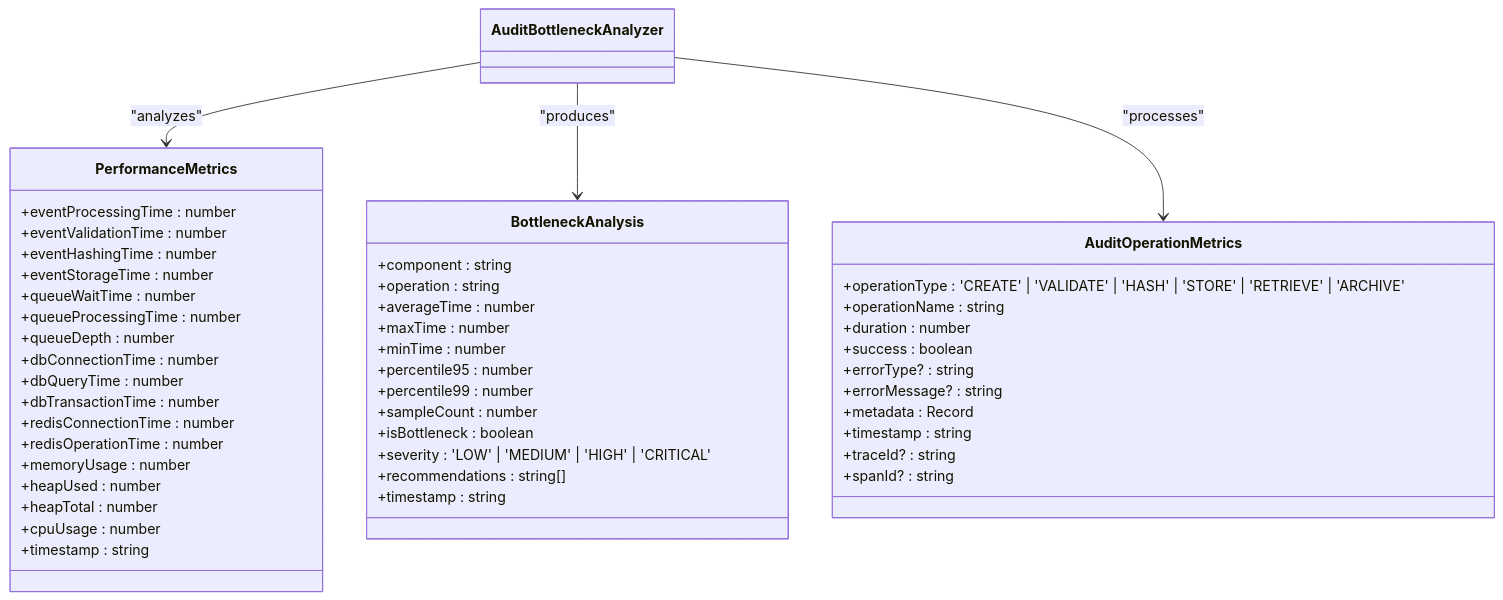
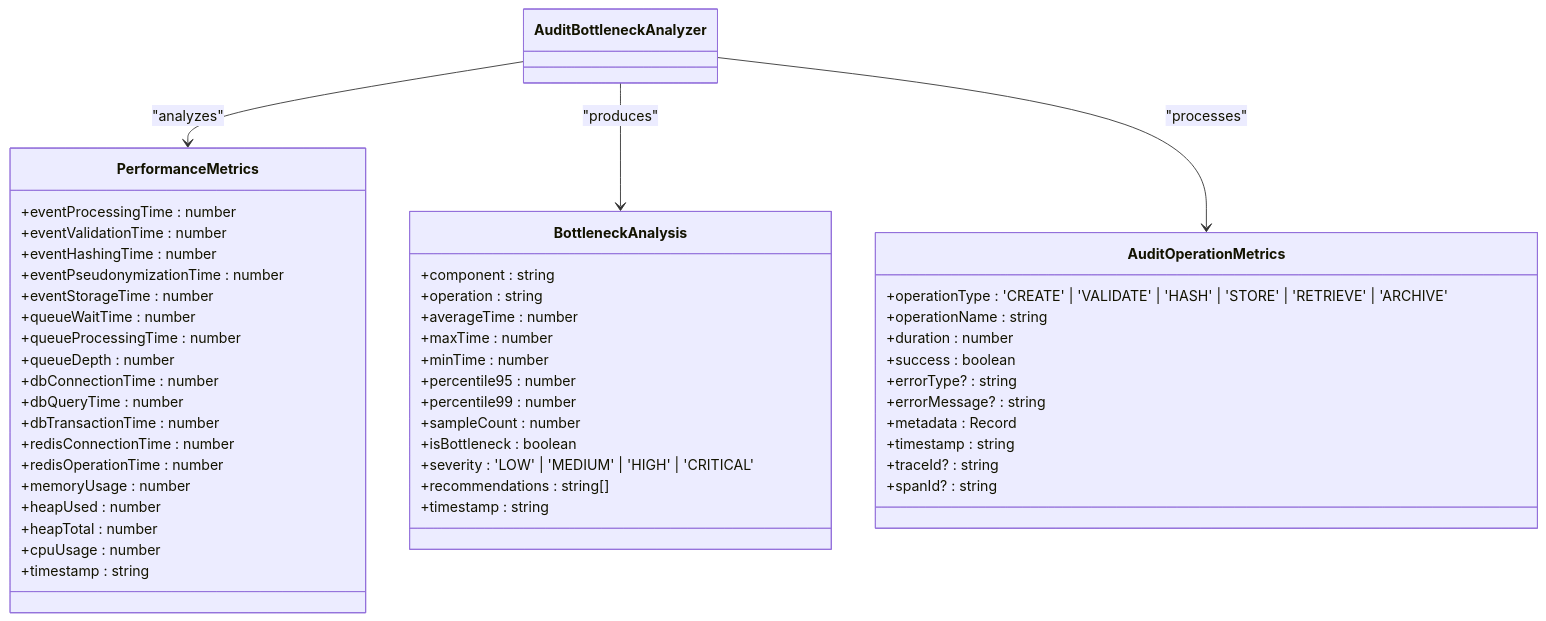
Before and after one commit to smedrec/smart-logs: the fourth of 8 diagrams in .qoder/repowiki/en/content/Audit Core System/Observability/Bottleneck Analysis.md, drawn with Mermaid. The commit also changed other lines of this file and 27 other files, not shown here.

````diff
--- a/.qoder/repowiki/en/content/Audit Core System/Observability/Bottleneck Analysis.md
+++ b/.qoder/repowiki/en/content/Audit Core System/Observability/Bottleneck Analysis.md
@@ -163,51 +167,52 @@
 ```mermaid
 classDiagram
 class PerformanceMetrics {
 +eventProcessingTime : number
 +eventValidationTime : number
 +eventHashingTime : number
++eventPseudonymizationTime : number
 +eventStorageTime : number
 +queueWaitTime : number
 +queueProcessingTime : number
 +queueDepth : number
 +dbConnectionTime : number
 +dbQueryTime : number
 +dbTransactionTime : number
 +redisConnectionTime : number
 +redisOperationTime : number
 +memoryUsage : number
 +heapUsed : number
 +heapTotal : number
 +cpuUsage : number
 +timestamp : string
 }
 class BottleneckAnalysis {
 +component : string
 +operation : string
 +averageTime : number
 +maxTime : number
 +minTime : number
 +percentile95 : number
 +percentile99 : number
 +sampleCount : number
 +isBottleneck : boolean
 +severity : 'LOW' | 'MEDIUM' | 'HIGH' | 'CRITICAL'
 +recommendations : string[]
 +timestamp : string
 }
 class AuditOperationMetrics {
 +operationType : 'CREATE' | 'VALIDATE' | 'HASH' | 'STORE' | 'RETRIEVE' | 'ARCHIVE'
 +operationName : string
 +duration : number
 +success : boolean
 +errorType? : string
 +errorMessage? : string
 +metadata : Record<string, any>
 +timestamp : string
 +traceId? : string
 +spanId? : string
 }
 AuditBottleneckAnalyzer --> PerformanceMetrics : "analyzes"
 AuditBottleneckAnalyzer --> BottleneckAnalysis : "produces"
 AuditBottleneckAnalyzer --> AuditOperationMetrics : "processes"
 ```
````
